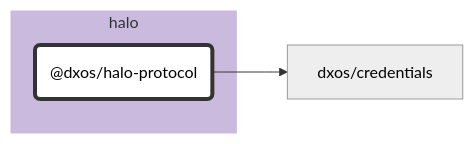
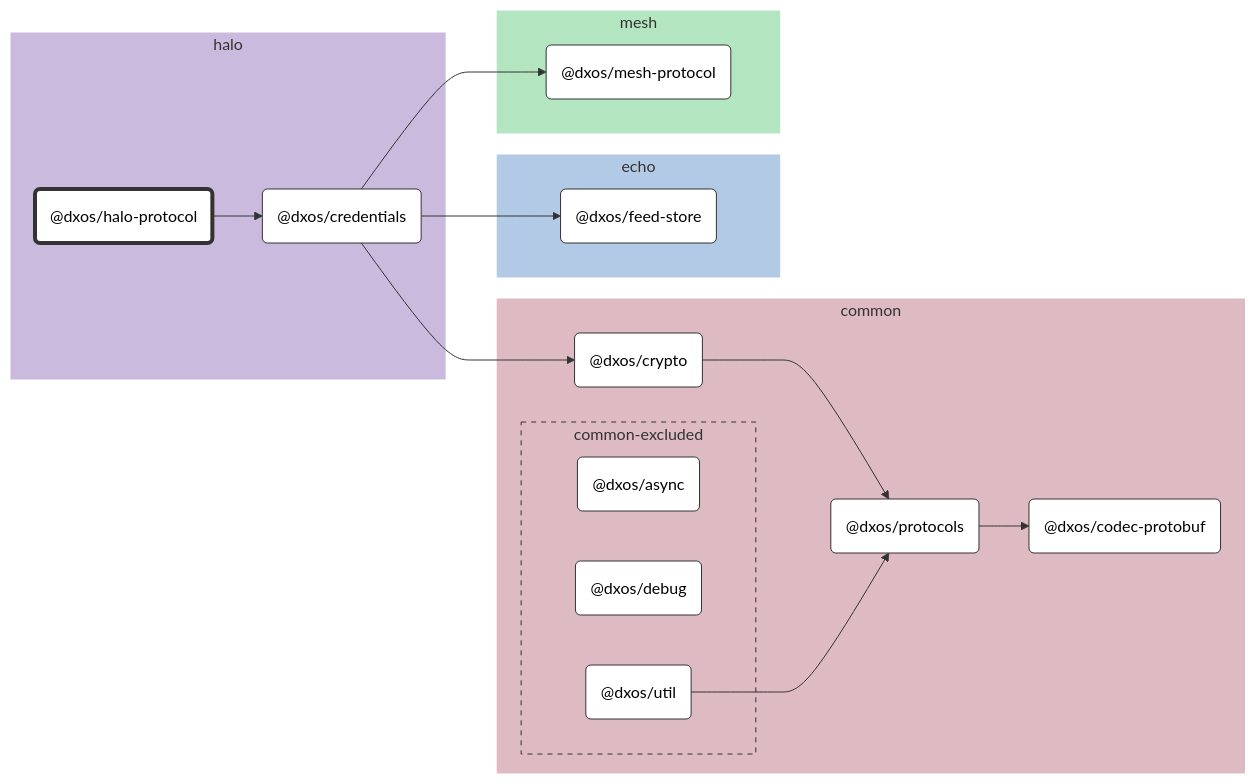
Before and after one commit to dxos/dxos: the diagram in packages/halo/halo-protocol/docs/README.md, drawn with Mermaid (neutral theme). The commit also changed 65 other files, not shown here.

````diff
--- a/packages/halo/halo-protocol/docs/README.md
+++ b/packages/halo/halo-protocol/docs/README.md
@@ -7,21 +7,61 @@
 ```mermaid
 %%{ init: {'flowchart':{'curve':'basis'}} }%%
 
 flowchart LR
 
 %% Classes
 classDef def fill:#fff,stroke:#333,stroke-width:1px
 classDef root fill:#fff,stroke:#333,stroke-width:4px
 
 %% Nodes
 
 subgraph halo [halo]
   style halo fill:#cabade,stroke:#fff
   dxos/halo-protocol("@dxos/halo-protocol"):::root
   click dxos/halo-protocol "dxos/dxos/tree/main/packages/halo/halo-protocol/docs"
+  dxos/credentials("@dxos/credentials"):::def
+  click dxos/credentials "dxos/dxos/tree/main/packages/halo/credentials/docs"
+end
+
+subgraph common [common]
+  style common fill:#debac2,stroke:#fff
+  dxos/codec-protobuf("@dxos/codec-protobuf"):::def
+  click dxos/codec-protobuf "dxos/dxos/tree/main/packages/common/codec-protobuf/docs"
+  dxos/crypto("@dxos/crypto"):::def
+  click dxos/crypto "dxos/dxos/tree/main/packages/common/crypto/docs"
+  dxos/protocols("@dxos/protocols"):::def
+  click dxos/protocols "dxos/dxos/tree/main/packages/common/protocols/docs"
+
+  subgraph common-excluded [common-excluded]
+    style common-excluded fill:#debac2,stroke:#333,stroke-dasharray:5 5
+    dxos/async("@dxos/async"):::def
+    click dxos/async "dxos/dxos/tree/main/packages/common/async/docs"
+    dxos/debug("@dxos/debug"):::def
+    click dxos/debug "dxos/dxos/tree/main/packages/common/debug/docs"
+    dxos/util("@dxos/util"):::def
+    click dxos/util "dxos/dxos/tree/main/packages/common/util/docs"
+  end
+end
+
+subgraph echo [echo]
+  style echo fill:#b3cae6,stroke:#fff
+  dxos/feed-store("@dxos/feed-store"):::def
+  click dxos/feed-store "dxos/dxos/tree/main/packages/echo/feed-store/docs"
+end
+
+subgraph mesh [mesh]
+  style mesh fill:#b3e6c0,stroke:#fff
+  dxos/mesh-protocol("@dxos/mesh-protocol"):::def
+  click dxos/mesh-protocol "dxos/dxos/tree/main/packages/mesh/mesh-protocol/docs"
 end
 
 %% Links
 linkStyle default stroke:#333,stroke-width:1px
 dxos/halo-protocol --> dxos/credentials
+dxos/credentials --> dxos/crypto
+dxos/crypto --> dxos/protocols
+dxos/protocols --> dxos/codec-protobuf
+dxos/credentials --> dxos/feed-store
+dxos/util --> dxos/protocols
+dxos/credentials --> dxos/mesh-protocol
 ```
````
